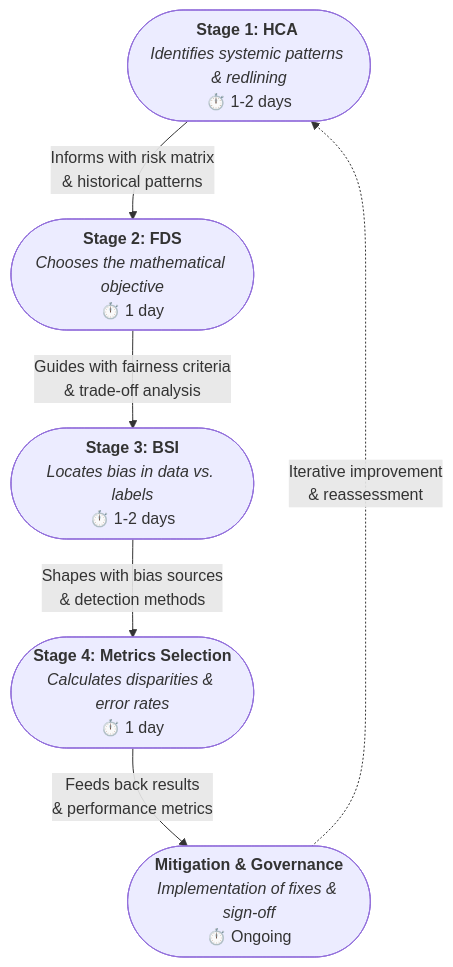
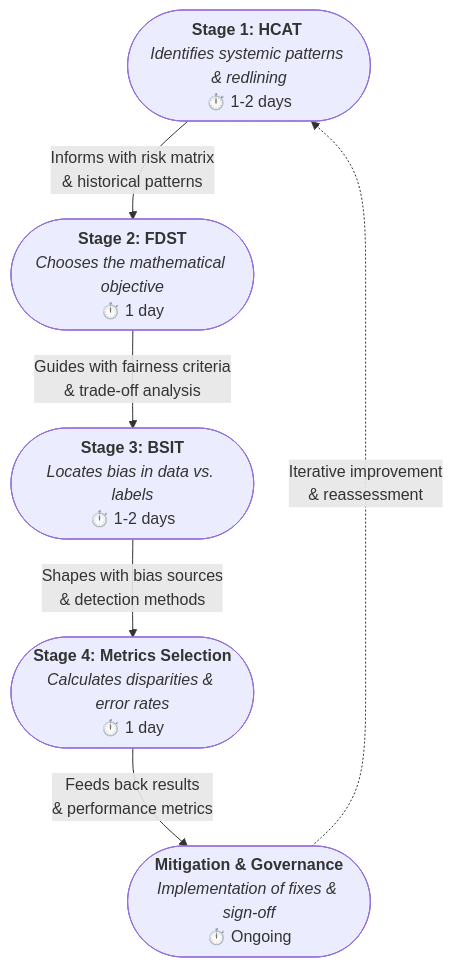
Before and after one commit to Trepolia/AI-Fairness-Audit-Playbook: the diagram in ai-fairness-audit-playbook.md, drawn with Mermaid. The commit also changed other lines of this file and 6 other files, not shown here.

````diff
--- a/ai-fairness-audit-playbook.md
+++ b/ai-fairness-audit-playbook.md
@@ -29,19 +28,18 @@
 ```mermaid
 ---
 id: 121f3723-dc83-4530-99a4-4c4d0b5e034e
 ---
 graph TD
-    Step1(["<b>Stage 1: HCA </b><br/><i>Identifies systemic patterns & redlining</i><br/>⏱️ 1-2 days"])
-    Step2(["<b>Stage 2: FDS</b><br/><i>Chooses the mathematical objective</i><br/>⏱️ 1 day"])
-    Step3(["<b>Stage 3: BSI</b><br/><i>Locates bias in data vs. labels</i><br/>⏱️ 1-2 days"])
-    Step4(["<b>Stage 4: Metrics Selection</b><br/><i>Calculates disparities & error rates</i><br/>⏱️ 1 day"])
-    Step5(["<b>Mitigation & Governance</b><br/><i>Implementation of fixes & sign-off</i><br/>⏱️ Ongoing"])
+    Step1(["<b>Stage 1: HCAT </b><br/><i>Identifies systemic patterns & redlining</i><br/>⏱️ 1-2 days"]) 
+    Step2(["<b>Stage 2: FDST</b><br/><i>Chooses the mathematical objective</i><br/>⏱️ 1 day"]) 
+    Step3(["<b>Stage 3: BSIT</b><br/><i>Locates bias in data vs. labels</i><br/>⏱️ 1-2 days"]) 
+    Step4(["<b>Stage 4: Metrics Selection</b><br/><i>Calculates disparities & error rates</i><br/>⏱️ 1 day"]) 
+    Step5(["<b>Mitigation & Governance</b><br/><i>Implementation of fixes & sign-off</i><br/>⏱️ Ongoing"]) 
 
     Step1 -->|"Informs with risk matrix<br/>& historical patterns"| Step2
     Step2 -->|"Guides with fairness criteria<br/>& trade-off analysis"| Step3
     Step3 -->|"Shapes with bias sources<br/>& detection methods"| Step4
     Step4 -->|"Feeds back results<br/>& performance metrics"| Step5
-    
     Step5 -.->|"Iterative improvement<br/>& reassessment"| Step1
 
 ```
````
